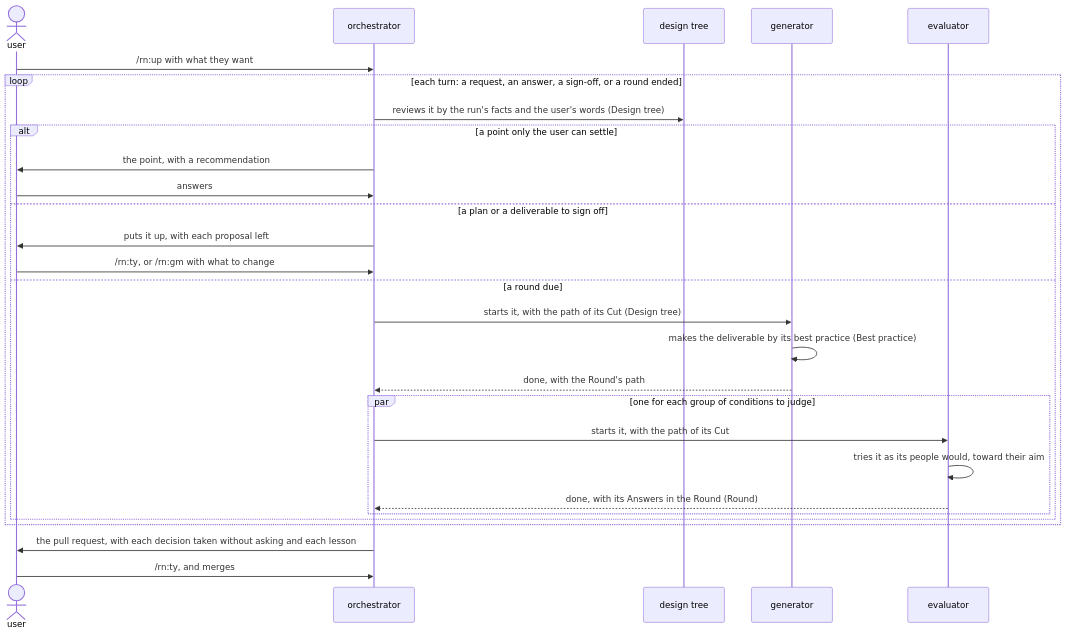
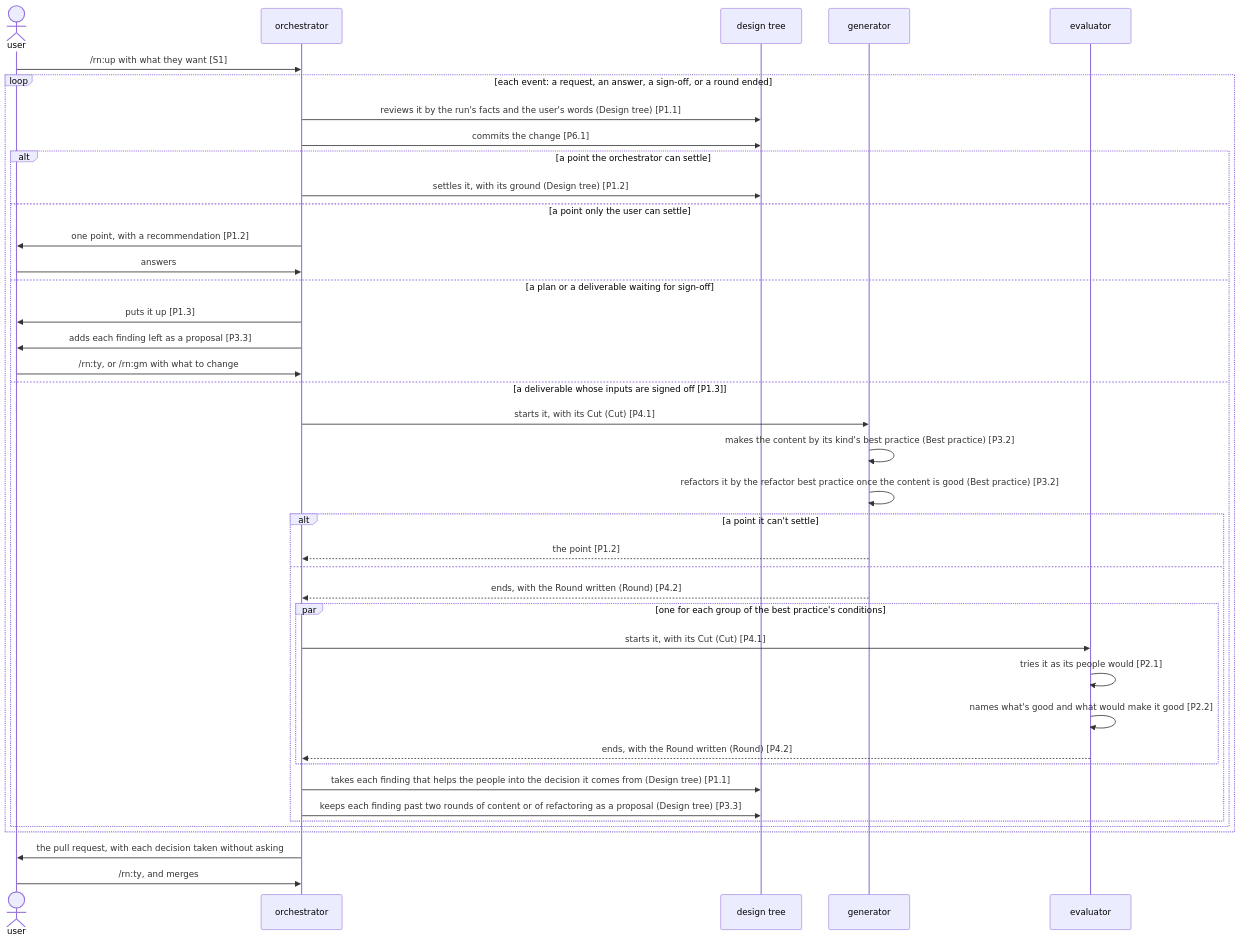
Before and after one commit to lovaizu/ccpm: the first of 2 diagrams in dev/rn/architecture.md, drawn with Mermaid. The commit also changed other lines of this file and 4 other files, not shown here.

First line of the commit message:
rn's architecture takes the form the user approved in its Japanese copy, and the architecture best practice and Lane's architecture are open to take that form from the first draft

````diff
--- a/dev/rn/architecture.md
+++ b/dev/rn/architecture.md
@@ -113,30 +84,42 @@
 ```mermaid
 sequenceDiagram
   actor U as user
   participant O as orchestrator
   participant T as design tree
   participant G as generator
   participant E as evaluator
-  U->>O: /rn:up with what they want
-  loop each turn: a request, an answer, a sign-off, or a round ended
-    O->>T: reviews it by the run's facts and the user's words (Design tree)
-    alt a point only the user can settle
-      O->>U: the point, with a recommendation
+  U->>O: /rn:up with what they want [S1]
+  loop each event: a request, an answer, a sign-off, or a round ended
+    O->>T: reviews it by the run's facts and the user's words (Design tree) [P1.1]
+    O->>T: commits the change [P6.1]
+    alt a point the orchestrator can settle
+      O->>T: settles it, with its ground (Design tree) [P1.2]
+    else a point only the user can settle
+      O->>U: one point, with a recommendation [P1.2]
       U->>O: answers
-    else a plan or a deliverable to sign off
-      O->>U: puts it up, with each proposal left
+    else a plan or a deliverable waiting for sign-off
+      O->>U: puts it up [P1.3]
+      O->>U: adds each finding left as a proposal [P3.3]
       U->>O: /rn:ty, or /rn:gm with what to change
-    else a round due
-      O->>G: starts it, with the path of its Cut (Design tree)
-      G->>G: makes the deliverable by its best practice (Best practice)
-      G-->>O: done, with the Round's path
-      par one for each group of conditions to judge
-        O->>E: starts it, with the path of its Cut
-        E->>E: tries it as its people would, toward their aim
-        E-->>O: done, with its Answers in the Round (Round)
+    else a deliverable whose inputs are signed off [P1.3]
+      O->>G: starts it, with its Cut (Cut) [P4.1]
+      G->>G: makes the content by its kind's best practice (Best practice) [P3.2]
+      G->>G: refactors it by the refactor best practice once the content is good (Best practice) [P3.2]
+      alt a point it can't settle
+        G-->>O: the point [P1.2]
+      else
+        G-->>O: ends, with the Round written (Round) [P4.2]
+        par one for each group of the best practice's conditions
+          O->>E: starts it, with its Cut (Cut) [P4.1]
+          E->>E: tries it as its people would [P2.1]
+          E->>E: names what's good and what would make it good [P2.2]
+          E-->>O: ends, with the Round written (Round) [P4.2]
+        end
+        O->>T: takes each finding that helps the people into the decision it comes from (Design tree) [P1.1]
+        O->>T: keeps each finding past two rounds of content or of refactoring as a proposal (Design tree) [P3.3]
       end
     end
   end
-  O->>U: the pull request, with each decision taken without asking and each lesson
+  O->>U: the pull request, with each decision taken without asking
   U->>O: /rn:ty, and merges
 ```
````
